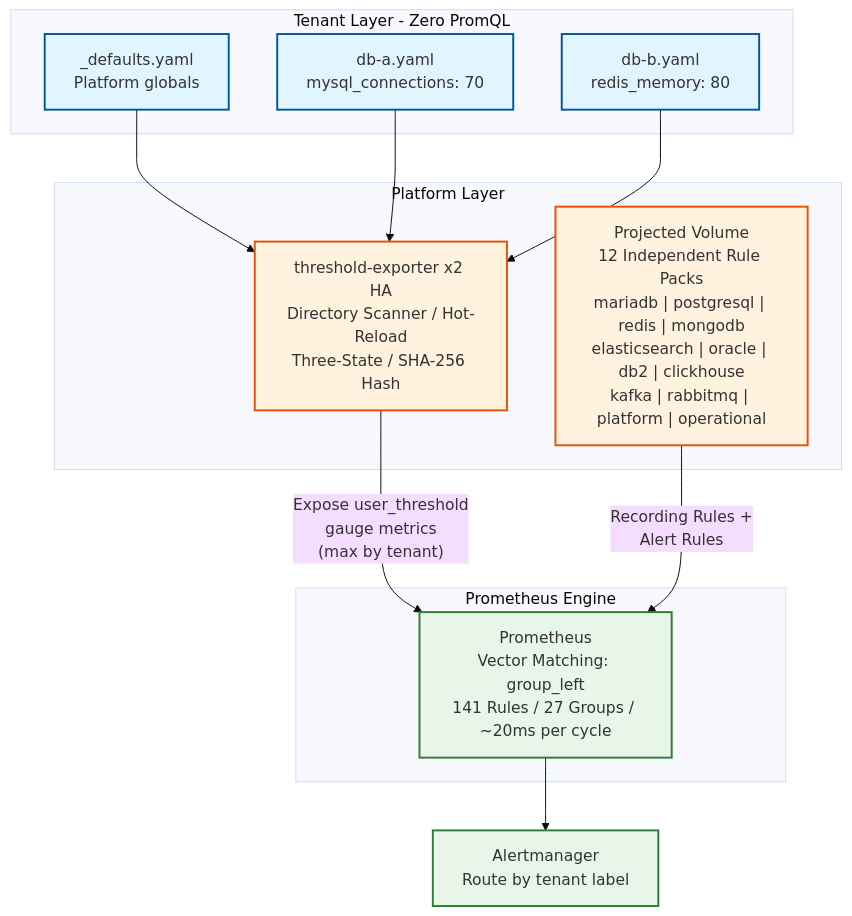
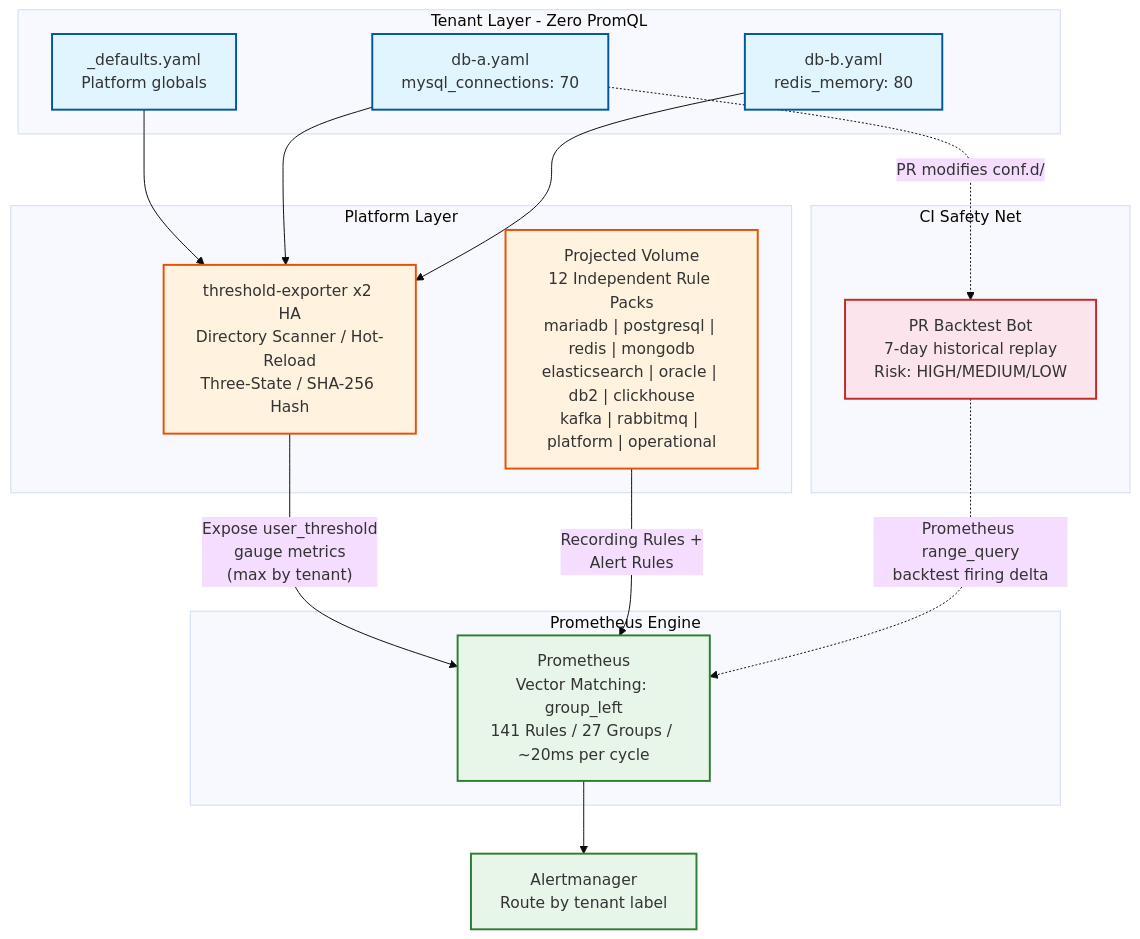
The third of 3 diagrams in README.md (vencil/Dynamic-Alerting-Integrations), drawn with Mermaid (base theme) before and after one commit. The commit also changed other lines of this file and 32 other files, not shown here.

````diff
--- a/README.md
+++ b/README.md
@@ -172,31 +190,39 @@
 ```mermaid
 graph TD
     subgraph TL["Tenant Layer - Zero PromQL"]
         D["_defaults.yaml<br/>Platform globals"]
         T1["db-a.yaml<br/>mysql_connections: 70"]
         T2["db-b.yaml<br/>redis_memory: 80"]
     end
 
     subgraph PL["Platform Layer"]
         TE["threshold-exporter x2 HA<br/>Directory Scanner / Hot-Reload<br/>Three-State / SHA-256 Hash"]
         RP["Projected Volume<br/>12 Independent Rule Packs<br/>mariadb | postgresql | redis | mongodb<br/>elasticsearch | oracle | db2 | clickhouse<br/>kafka | rabbitmq | platform | operational"]
     end
 
     subgraph PE["Prometheus Engine"]
         PROM["Prometheus<br/>Vector Matching: group_left<br/>141 Rules / 27 Groups / ~20ms per cycle"]
     end
 
+    subgraph CI["CI Safety Net"]
+        BT["PR Backtest Bot<br/>7-day historical replay<br/>Risk: HIGH/MEDIUM/LOW"]
+    end
+
     D --> TE
     T1 --> TE
     T2 --> TE
     TE -->|"Expose user_threshold<br/>gauge metrics<br/>(max by tenant)"| PROM
     RP -->|"Recording Rules +<br/>Alert Rules"| PROM
     PROM --> AM["Alertmanager<br/>Route by tenant label"]
+    T1 -.->|"PR modifies conf.d/"| BT
+    BT -.->|"Prometheus range_query<br/>backtest firing delta"| PROM
 
     classDef tenant fill:#e1f5fe,stroke:#01579b,stroke-width:2px
     classDef platform fill:#fff3e0,stroke:#e65100,stroke-width:2px
     classDef engine fill:#e8f5e9,stroke:#2e7d32,stroke-width:2px
+    classDef ci fill:#fce4ec,stroke:#c62828,stroke-width:2px
     class D,T1,T2 tenant
     class TE,RP platform
     class PROM,AM engine
+    class BT ci
 ```
````
